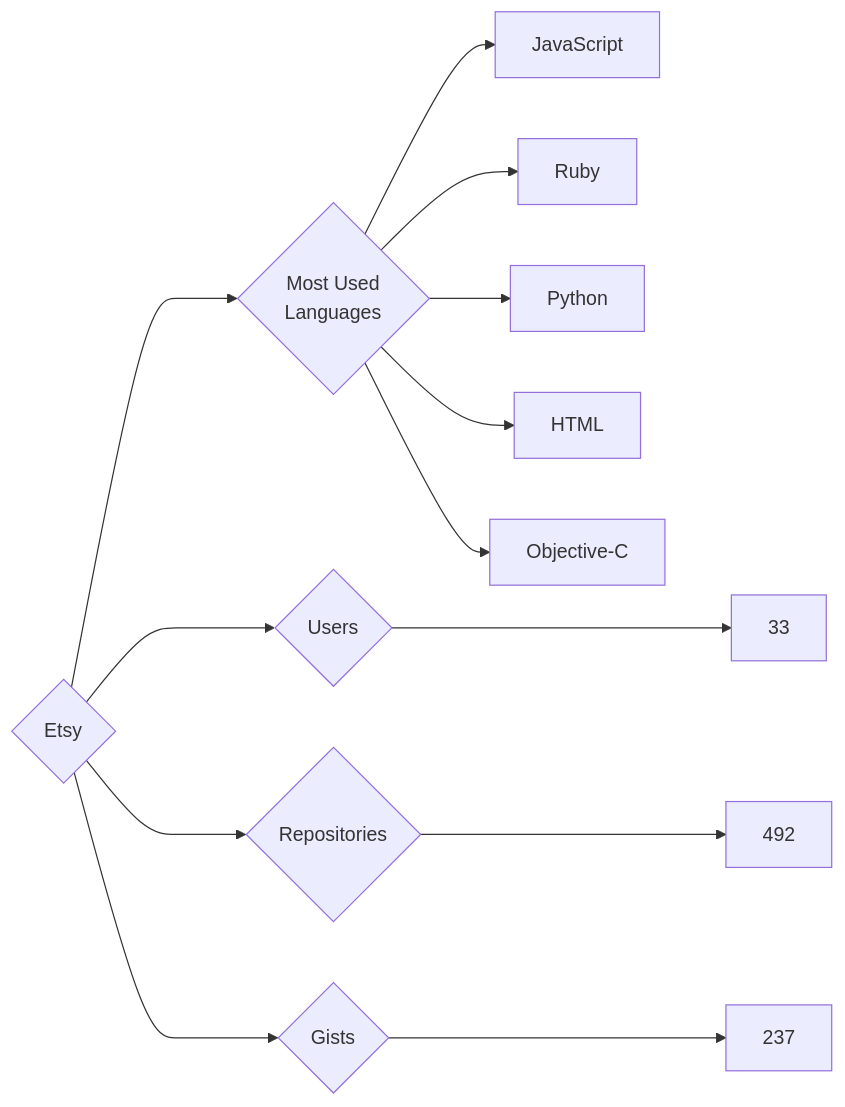
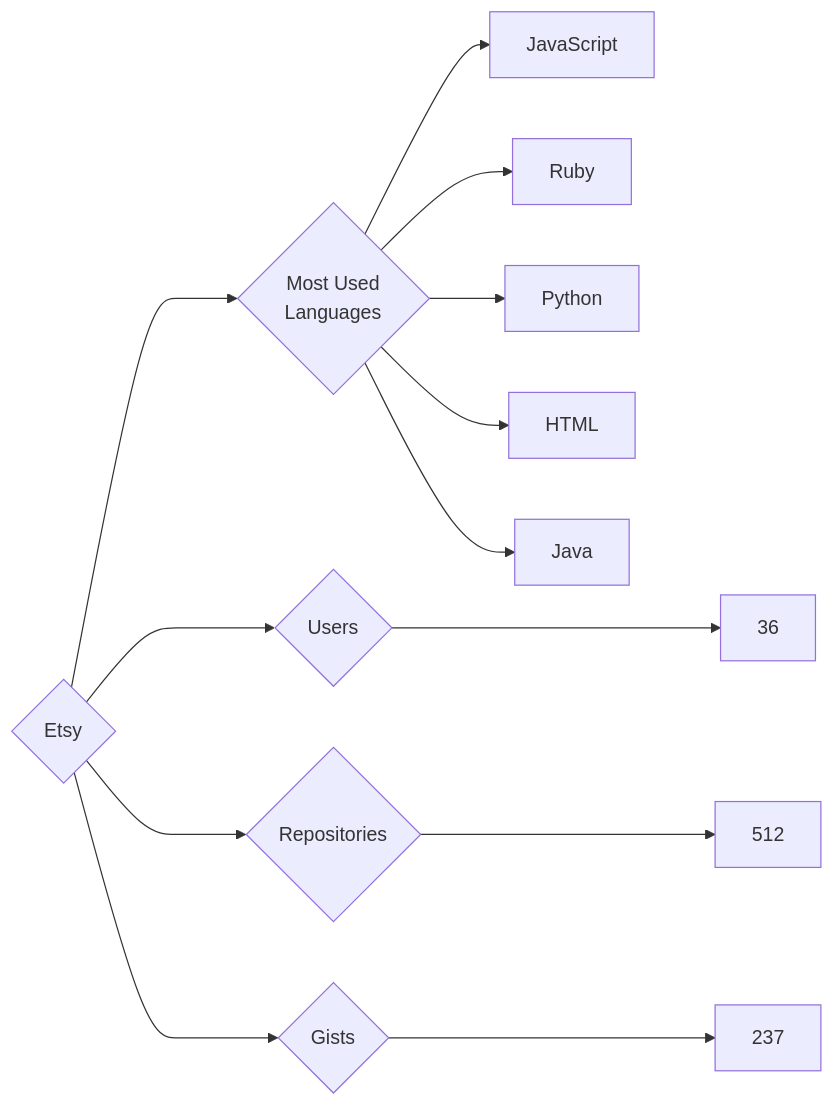
Before and after one commit to trickest/insiders: the diagram in targets/Etsy/README.md, drawn with Mermaid. The commit also changed 1020 other files, not shown here.

````diff
--- a/targets/Etsy/README.md
+++ b/targets/Etsy/README.md
@@ -3,13 +3,13 @@
 ```mermaid
 graph LR
 COMPANY_NAME{Etsy}
-COMPANY_NAME ---> U{Users} ---> UN[33]
-COMPANY_NAME ---> R{Repositories} ---> RN[492]
+COMPANY_NAME ---> U{Users} ---> UN[36]
+COMPANY_NAME ---> R{Repositories} ---> RN[512]
 COMPANY_NAME ---> G{Gists} ---> GN[237]
 COMPANY_NAME ---> ML{Most Used<br>Languages}
 ML --> JavaScript[JavaScript]
 ML --> Ruby[Ruby]
 ML --> Python[Python]
 ML --> HTML[HTML]
-ML --> Objective-C[Objective-C]
+ML --> Java[Java]
 ```
````
